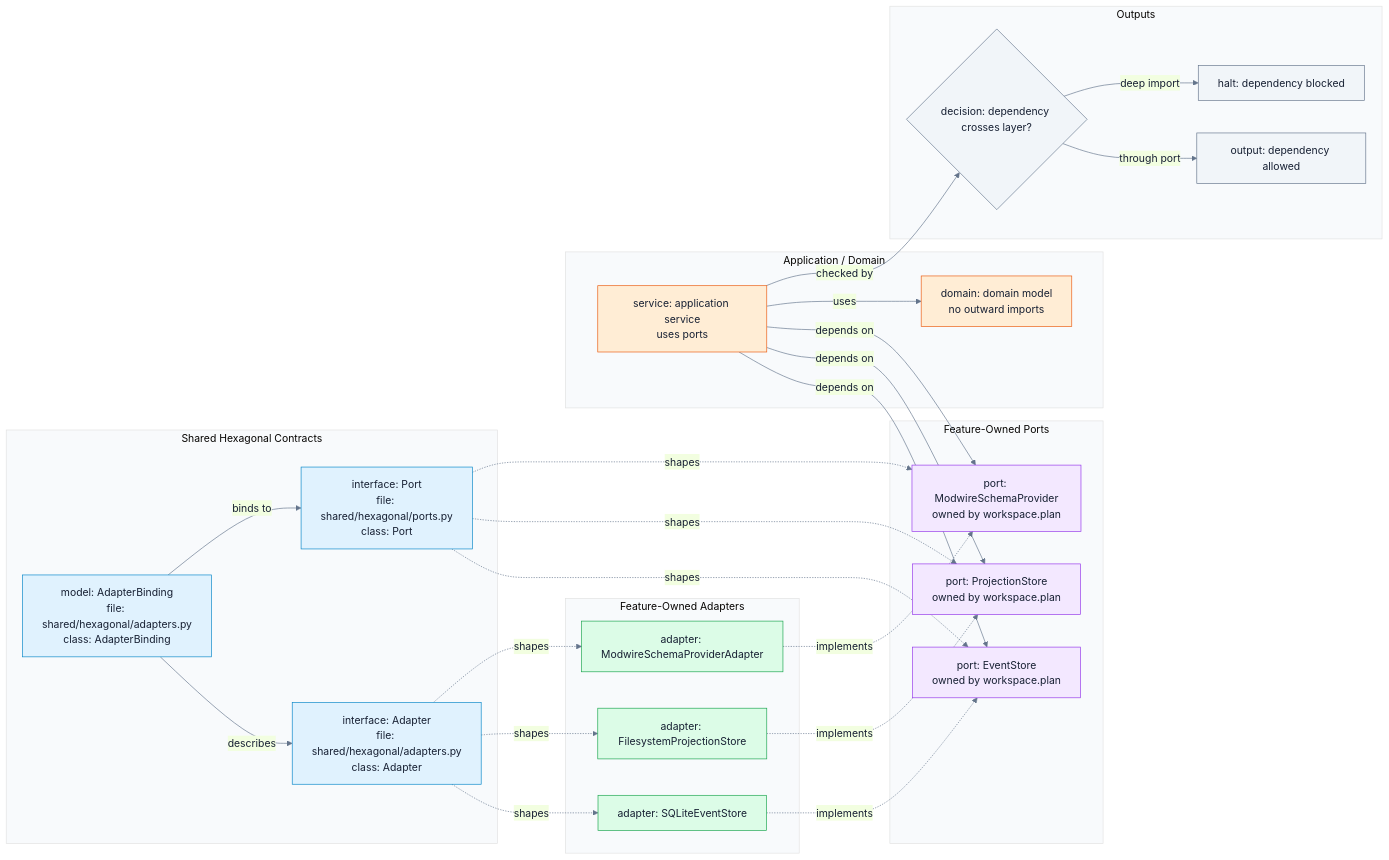
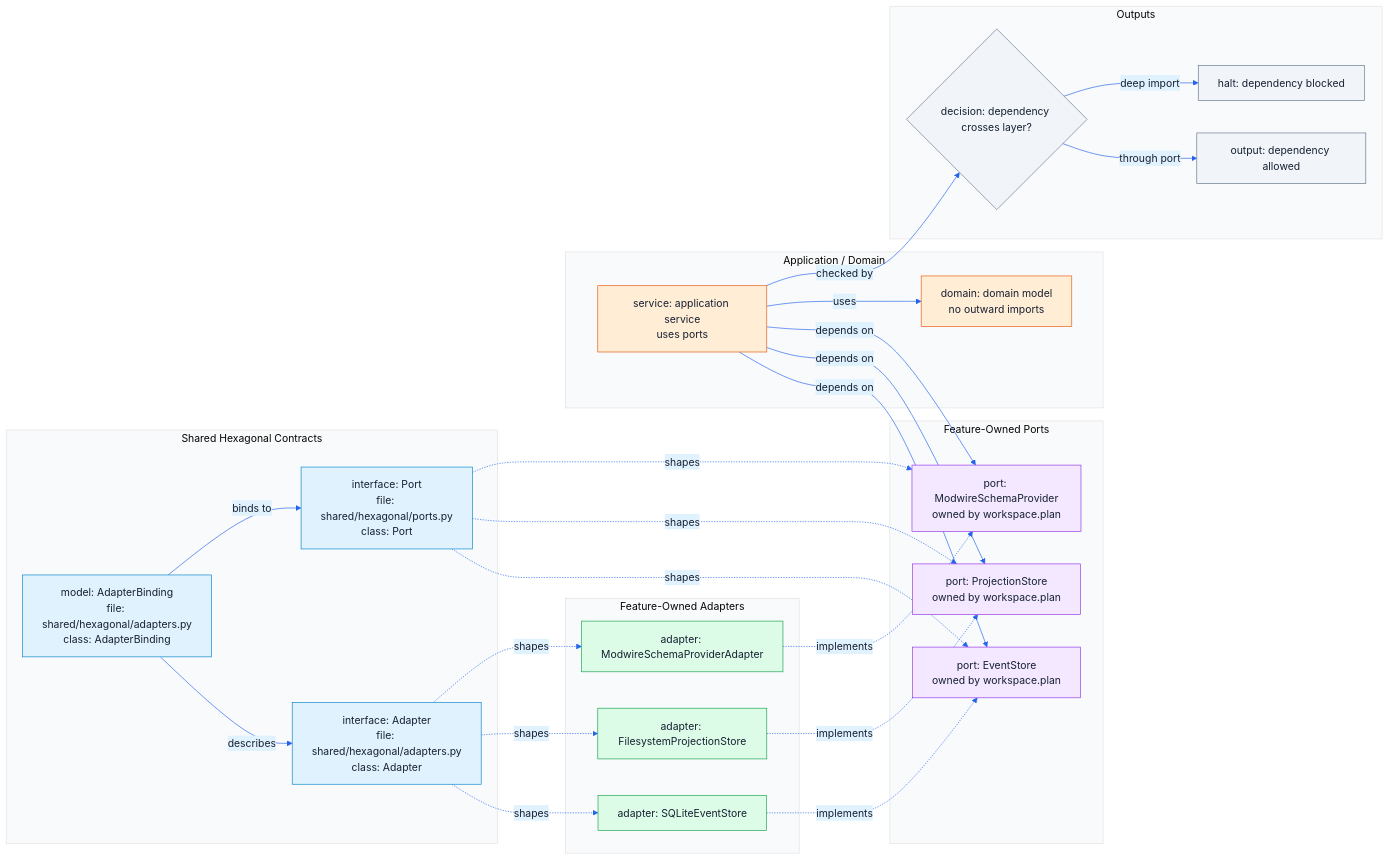
The first of 3 diagrams in .enclosure/plans/planning-workflow/epics/hexagonal-foundation/SCHEMAS.md (9orky/enclosure), drawn with Mermaid before and after one commit. The commit also changed other lines of this file and 49 other files, not shown here.

````diff
--- a/.enclosure/plans/planning-workflow/epics/hexagonal-foundation/SCHEMAS.md
+++ b/.enclosure/plans/planning-workflow/epics/hexagonal-foundation/SCHEMAS.md
@@ -20,63 +20,63 @@
 ```mermaid
 %% contract: flow
-%%{init: {"theme": "base", "themeVariables": {"primaryColor": "#e0f2fe", "primaryTextColor": "#172033", "primaryBorderColor": "#0284c7", "lineColor": "#64748b", "tertiaryColor": "#f8fafc"}}}%%
+%%{init: {"theme": "base", "themeVariables": {"primaryColor": "#dbeafe", "primaryTextColor": "#172033", "primaryBorderColor": "#2563eb", "secondaryColor": "#e0f2fe", "secondaryBorderColor": "#0284c7", "tertiaryColor": "#f8fafc", "lineColor": "#2563eb"}}}%%
 flowchart LR
     subgraph foundation["Shared Hexagonal Contracts"]
       port_shape["interface: Port\nfile: shared/hexagonal/ports.py\nclass: Port"]
       adapter_shape["interface: Adapter\nfile: shared/hexagonal/adapters.py\nclass: Adapter"]
       adapter_binding["model: AdapterBinding\nfile: shared/hexagonal/adapters.py\nclass: AdapterBinding"]
     end
 
     subgraph feature_ports["Feature-Owned Ports"]
       event_store["port: EventStore\nowned by workspace.plan"]
       projection_store["port: ProjectionStore\nowned by workspace.plan"]
       schema_provider["port: ModwireSchemaProvider\nowned by workspace.plan"]
     end
 
     subgraph feature_adapters["Feature-Owned Adapters"]
       sqlite_store["adapter: SQLiteEventStore"]
       filesystem_projection["adapter: FilesystemProjectionStore"]
       modwire_provider["adapter: ModwireSchemaProviderAdapter"]
     end
 
     subgraph app_domain["Application / Domain"]
       app_service["service: application service\nuses ports"]
       domain_model["domain: domain model\nno outward imports"]
     end
 
     subgraph outputs["Outputs"]
       dependency_rule{"decision: dependency crosses layer?"}
       allowed["output: dependency allowed"]
       blocked["halt: dependency blocked"]
     end
 
     port_shape -. shapes .-> event_store
     port_shape -. shapes .-> projection_store
     port_shape -. shapes .-> schema_provider
     adapter_shape -. shapes .-> sqlite_store
     adapter_shape -. shapes .-> filesystem_projection
     adapter_shape -. shapes .-> modwire_provider
     adapter_binding -->|describes| adapter_shape
     adapter_binding -->|binds to| port_shape
     app_service -->|depends on| event_store
     app_service -->|depends on| projection_store
     app_service -->|depends on| schema_provider
     sqlite_store -. implements .-> event_store
     filesystem_projection -. implements .-> projection_store
     modwire_provider -. implements .-> schema_provider
     app_service -->|uses| domain_model
     app_service -->|checked by| dependency_rule
     dependency_rule -->|through port| allowed
     dependency_rule -->|deep import| blocked
 
     classDef shared fill:#e0f2fe,stroke:#0284c7,color:#172033;
     classDef port fill:#f3e8ff,stroke:#9333ea,color:#172033;
     classDef adapter fill:#dcfce7,stroke:#16a34a,color:#172033;
     classDef core fill:#ffedd5,stroke:#ea580c,color:#172033;
     classDef output fill:#f1f5f9,stroke:#64748b,color:#172033;
     class port_shape,adapter_shape,adapter_binding shared;
     class event_store,projection_store,schema_provider port;
     class sqlite_store,filesystem_projection,modwire_provider adapter;
     class app_service,domain_model core;
     class dependency_rule,allowed,blocked output;
 ```
````
